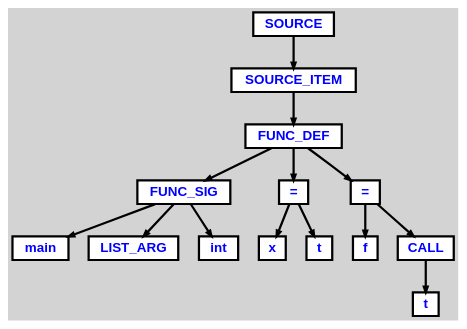
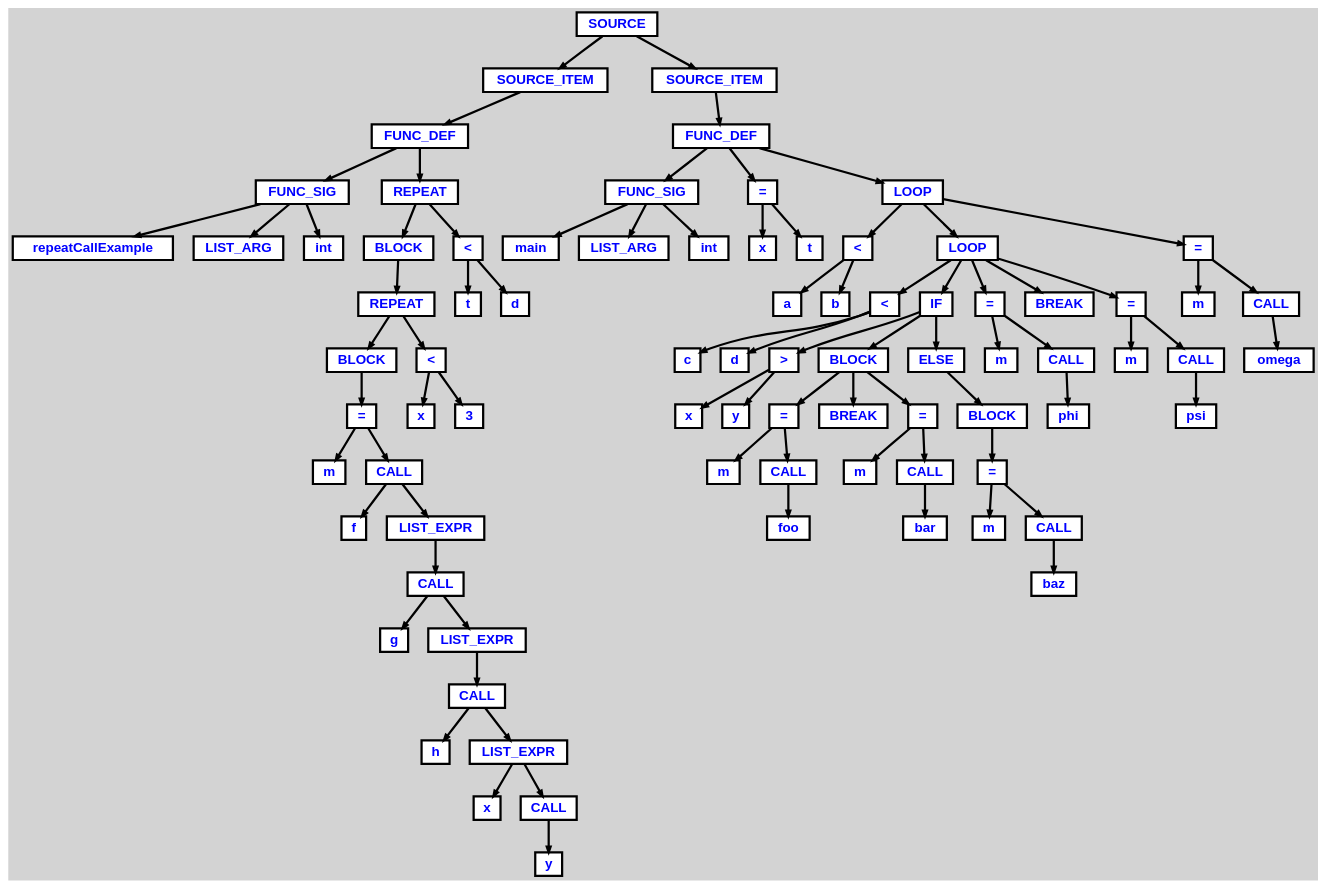
The diagram in samples/output/sample1.dot (popov-p/itmo-spo-2024), drawn with Graphviz before and after one commit. The commit also changed 9 other files, not shown here.

```diff
--- a/samples/output/sample1.dot
+++ b/samples/output/sample1.dot
@@ -1,39 +1,173 @@
 digraph {
 
 	ordering=out;
 	ranksep=.4;
 	bgcolor="lightgrey";  node [shape=box, fixedsize=false, fontsize=12, fontname="Helvetica-bold", fontcolor="blue"
 	width=.25, height=.25, color="black", fillcolor="white", style="filled, solid, bold"];
 
 	edge [arrowsize=.5, color="black", style="bold"]
 
-	n0x72912ccc9ff8[label="SOURCE"]
-	n0x72912ccc9ec0[label="SOURCE_ITEM"]
-	n0x72912ccc9d88[label="FUNC_DEF"]
-	n0x72912ccc83f0[label="FUNC_SIG"]
-	n0x72912ccc8180[label="main"]
-	n0x72912ccc82b8[label="LIST_ARG"]
-	n0x72912ccc8660[label="int"]
-	n0x72912ccc8ee8[label="="]
-	n0x72912ccc8c78[label="x"]
-	n0x72912ccc9020[label="t"]
-	n0x72912ccc9c50[label="="]
-	n0x72912ccc9638[label="f"]
-	n0x72912ccc9b18[label="CALL"]
-	n0x72912ccc99e0[label="t"]
+	n0x7f43090c2f20[label="SOURCE"]
+	n0x7f43090b4658[label="SOURCE_ITEM"]
+	n0x7f43090b4178[label="FUNC_DEF"]
+	n0x7f43090853f0[label="FUNC_SIG"]
+	n0x7f4309085180[label="repeatCallExample"]
+	n0x7f43090852b8[label="LIST_ARG"]
+	n0x7f4309085660[label="int"]
+	n0x7f43090b42b0[label="REPEAT"]
+	n0x7f43090b3a28[label="BLOCK"]
+	n0x7f43090b3b60[label="REPEAT"]
+	n0x7f43090b37b8[label="BLOCK"]
+	n0x7f43090b3680[label="="]
+	n0x7f43090b00e0[label="m"]
+	n0x7f43090b3548[label="CALL"]
+	n0x7f43090b16d0[label="f"]
+	n0x7f43090b3410[label="LIST_EXPR"]
+	n0x7f43090b32d8[label="CALL"]
+	n0x7f43090b21c8[label="g"]
+	n0x7f43090b31a0[label="LIST_EXPR"]
+	n0x7f43090b3068[label="CALL"]
+	n0x7f43090b27e0[label="h"]
+	n0x7f43090b2f30[label="LIST_EXPR"]
+	n0x7f43090b2918[label="x"]
+	n0x7f43090b2df8[label="CALL"]
+	n0x7f43090b2cc0[label="y"]
+	n0x7f43090b3c98[label="<"]
+	n0x7f43090b3dd0[label="x"]
+	n0x7f43090b4040[label="3"]
+	n0x7f43090b43e8[label="<"]
+	n0x7f43090b4520[label="t"]
+	n0x7f43090b4790[label="d"]
+	n0x7f43090c2de8[label="SOURCE_ITEM"]
+	n0x7f43090c2428[label="FUNC_DEF"]
+	n0x7f43090b4a00[label="FUNC_SIG"]
+	n0x7f43090b3f08[label="main"]
+	n0x7f43090b48c8[label="LIST_ARG"]
+	n0x7f43090b4c70[label="int"]
+	n0x7f43090b54f8[label="="]
+	n0x7f43090b5288[label="x"]
+	n0x7f43090b5630[label="t"]
+	n0x7f43090c2cb0[label="LOOP"]
+	n0x7f43090b5c48[label="<"]
+	n0x7f43090b5d80[label="a"]
+	n0x7f43090b5ff0[label="b"]
+	n0x7f43090c2080[label="LOOP"]
+	n0x7f43090b6398[label="<"]
+	n0x7f43090b64d0[label="c"]
+	n0x7f43090b6740[label="d"]
+	n0x7f43090c06e8[label="IF"]
+	n0x7f43090b6ae8[label=">"]
+	n0x7f43090b6c20[label="x"]
+	n0x7f43090b6e90[label="y"]
+	n0x7f43090bb7b0[label="BLOCK"]
+	n0x7f43090ba7d8[label="="]
+	n0x7f43090ba1c0[label="m"]
+	n0x7f43090ba6a0[label="CALL"]
+	n0x7f43090ba568[label="foo"]
+	n0x7f43090baa48[label="BREAK"]
+	n0x7f43090bb540[label="="]
+	n0x7f43090baf28[label="m"]
+	n0x7f43090bb408[label="CALL"]
+	n0x7f43090bb2d0[label="bar"]
+	n0x7f43090bfd28[label="ELSE"]
+	n0x7f43090c05b0[label="BLOCK"]
+	n0x7f43090c0478[label="="]
+	n0x7f43090bfe60[label="m"]
+	n0x7f43090c0340[label="CALL"]
+	n0x7f43090c0208[label="baz"]
+	n0x7f43090c11e0[label="="]
+	n0x7f43090c0bc8[label="m"]
+	n0x7f43090c10a8[label="CALL"]
+	n0x7f43090c0f70[label="phi"]
+	n0x7f43090c1450[label="BREAK"]
+	n0x7f43090c1f48[label="="]
+	n0x7f43090c1930[label="m"]
+	n0x7f43090c1e10[label="CALL"]
+	n0x7f43090c1cd8[label="psi"]
+	n0x7f43090c2b78[label="="]
+	n0x7f43090c2560[label="m"]
+	n0x7f43090c2a40[label="CALL"]
+	n0x7f43090c2908[label="omega"]
 
-		n0x72912ccc9ff8 -> n0x72912ccc9ec0		// SOURCE -> SOURCE_ITEM
-		n0x72912ccc9ec0 -> n0x72912ccc9d88		// SOURCE_ITEM -> FUNC_DEF
-		n0x72912ccc9d88 -> n0x72912ccc83f0		// FUNC_DEF -> FUNC_SIG
-		n0x72912ccc83f0 -> n0x72912ccc8180		// FUNC_SIG -> main
-		n0x72912ccc83f0 -> n0x72912ccc82b8		// FUNC_SIG -> LIST_ARG
-		n0x72912ccc83f0 -> n0x72912ccc8660		// FUNC_SIG -> int
-		n0x72912ccc9d88 -> n0x72912ccc8ee8		// FUNC_DEF -> =
-		n0x72912ccc8ee8 -> n0x72912ccc8c78		// = -> x
-		n0x72912ccc8ee8 -> n0x72912ccc9020		// = -> t
-		n0x72912ccc9d88 -> n0x72912ccc9c50		// FUNC_DEF -> =
-		n0x72912ccc9c50 -> n0x72912ccc9638		// = -> f
-		n0x72912ccc9c50 -> n0x72912ccc9b18		// = -> CALL
-		n0x72912ccc9b18 -> n0x72912ccc99e0		// CALL -> t
+		n0x7f43090c2f20 -> n0x7f43090b4658		// SOURCE -> SOURCE_ITEM
+		n0x7f43090b4658 -> n0x7f43090b4178		// SOURCE_ITEM -> FUNC_DEF
+		n0x7f43090b4178 -> n0x7f43090853f0		// FUNC_DEF -> FUNC_SIG
+		n0x7f43090853f0 -> n0x7f4309085180		// FUNC_SIG -> repeatCallExample
+		n0x7f43090853f0 -> n0x7f43090852b8		// FUNC_SIG -> LIST_ARG
+		n0x7f43090853f0 -> n0x7f4309085660		// FUNC_SIG -> int
+		n0x7f43090b4178 -> n0x7f43090b42b0		// FUNC_DEF -> REPEAT
+		n0x7f43090b42b0 -> n0x7f43090b3a28		// REPEAT -> BLOCK
+		n0x7f43090b3a28 -> n0x7f43090b3b60		// BLOCK -> REPEAT
+		n0x7f43090b3b60 -> n0x7f43090b37b8		// REPEAT -> BLOCK
+		n0x7f43090b37b8 -> n0x7f43090b3680		// BLOCK -> =
+		n0x7f43090b3680 -> n0x7f43090b00e0		// = -> m
+		n0x7f43090b3680 -> n0x7f43090b3548		// = -> CALL
+		n0x7f43090b3548 -> n0x7f43090b16d0		// CALL -> f
+		n0x7f43090b3548 -> n0x7f43090b3410		// CALL -> LIST_EXPR
+		n0x7f43090b3410 -> n0x7f43090b32d8		// LIST_EXPR -> CALL
+		n0x7f43090b32d8 -> n0x7f43090b21c8		// CALL -> g
+		n0x7f43090b32d8 -> n0x7f43090b31a0		// CALL -> LIST_EXPR
+		n0x7f43090b31a0 -> n0x7f43090b3068		// LIST_EXPR -> CALL
+		n0x7f43090b3068 -> n0x7f43090b27e0		// CALL -> h
+		n0x7f43090b3068 -> n0x7f43090b2f30		// CALL -> LIST_EXPR
+		n0x7f43090b2f30 -> n0x7f43090b2918		// LIST_EXPR -> x
+		n0x7f43090b2f30 -> n0x7f43090b2df8		// LIST_EXPR -> CALL
+		n0x7f43090b2df8 -> n0x7f43090b2cc0		// CALL -> y
+		n0x7f43090b3b60 -> n0x7f43090b3c98		// REPEAT -> <
+		n0x7f43090b3c98 -> n0x7f43090b3dd0		// < -> x
+		n0x7f43090b3c98 -> n0x7f43090b4040		// < -> 3
+		n0x7f43090b42b0 -> n0x7f43090b43e8		// REPEAT -> <
+		n0x7f43090b43e8 -> n0x7f43090b4520		// < -> t
+		n0x7f43090b43e8 -> n0x7f43090b4790		// < -> d
+		n0x7f43090c2f20 -> n0x7f43090c2de8		// SOURCE -> SOURCE_ITEM
+		n0x7f43090c2de8 -> n0x7f43090c2428		// SOURCE_ITEM -> FUNC_DEF
+		n0x7f43090c2428 -> n0x7f43090b4a00		// FUNC_DEF -> FUNC_SIG
+		n0x7f43090b4a00 -> n0x7f43090b3f08		// FUNC_SIG -> main
+		n0x7f43090b4a00 -> n0x7f43090b48c8		// FUNC_SIG -> LIST_ARG
+		n0x7f43090b4a00 -> n0x7f43090b4c70		// FUNC_SIG -> int
+		n0x7f43090c2428 -> n0x7f43090b54f8		// FUNC_DEF -> =
+		n0x7f43090b54f8 -> n0x7f43090b5288		// = -> x
+		n0x7f43090b54f8 -> n0x7f43090b5630		// = -> t
+		n0x7f43090c2428 -> n0x7f43090c2cb0		// FUNC_DEF -> LOOP
+		n0x7f43090c2cb0 -> n0x7f43090b5c48		// LOOP -> <
+		n0x7f43090b5c48 -> n0x7f43090b5d80		// < -> a
+		n0x7f43090b5c48 -> n0x7f43090b5ff0		// < -> b
+		n0x7f43090c2cb0 -> n0x7f43090c2080		// LOOP -> LOOP
+		n0x7f43090c2080 -> n0x7f43090b6398		// LOOP -> <
+		n0x7f43090b6398 -> n0x7f43090b64d0		// < -> c
+		n0x7f43090b6398 -> n0x7f43090b6740		// < -> d
+		n0x7f43090c2080 -> n0x7f43090c06e8		// LOOP -> IF
+		n0x7f43090c06e8 -> n0x7f43090b6ae8		// IF -> >
+		n0x7f43090b6ae8 -> n0x7f43090b6c20		// > -> x
+		n0x7f43090b6ae8 -> n0x7f43090b6e90		// > -> y
+		n0x7f43090c06e8 -> n0x7f43090bb7b0		// IF -> BLOCK
+		n0x7f43090bb7b0 -> n0x7f43090ba7d8		// BLOCK -> =
+		n0x7f43090ba7d8 -> n0x7f43090ba1c0		// = -> m
+		n0x7f43090ba7d8 -> n0x7f43090ba6a0		// = -> CALL
+		n0x7f43090ba6a0 -> n0x7f43090ba568		// CALL -> foo
+		n0x7f43090bb7b0 -> n0x7f43090baa48		// BLOCK -> BREAK
+		n0x7f43090bb7b0 -> n0x7f43090bb540		// BLOCK -> =
+		n0x7f43090bb540 -> n0x7f43090baf28		// = -> m
+		n0x7f43090bb540 -> n0x7f43090bb408		// = -> CALL
+		n0x7f43090bb408 -> n0x7f43090bb2d0		// CALL -> bar
+		n0x7f43090c06e8 -> n0x7f43090bfd28		// IF -> ELSE
+		n0x7f43090bfd28 -> n0x7f43090c05b0		// ELSE -> BLOCK
+		n0x7f43090c05b0 -> n0x7f43090c0478		// BLOCK -> =
+		n0x7f43090c0478 -> n0x7f43090bfe60		// = -> m
+		n0x7f43090c0478 -> n0x7f43090c0340		// = -> CALL
+		n0x7f43090c0340 -> n0x7f43090c0208		// CALL -> baz
+		n0x7f43090c2080 -> n0x7f43090c11e0		// LOOP -> =
+		n0x7f43090c11e0 -> n0x7f43090c0bc8		// = -> m
+		n0x7f43090c11e0 -> n0x7f43090c10a8		// = -> CALL
+		n0x7f43090c10a8 -> n0x7f43090c0f70		// CALL -> phi
+		n0x7f43090c2080 -> n0x7f43090c1450		// LOOP -> BREAK
+		n0x7f43090c2080 -> n0x7f43090c1f48		// LOOP -> =
+		n0x7f43090c1f48 -> n0x7f43090c1930		// = -> m
+		n0x7f43090c1f48 -> n0x7f43090c1e10		// = -> CALL
+		n0x7f43090c1e10 -> n0x7f43090c1cd8		// CALL -> psi
+		n0x7f43090c2cb0 -> n0x7f43090c2b78		// LOOP -> =
+		n0x7f43090c2b78 -> n0x7f43090c2560		// = -> m
+		n0x7f43090c2b78 -> n0x7f43090c2a40		// = -> CALL
+		n0x7f43090c2a40 -> n0x7f43090c2908		// CALL -> omega
 
 }
```
